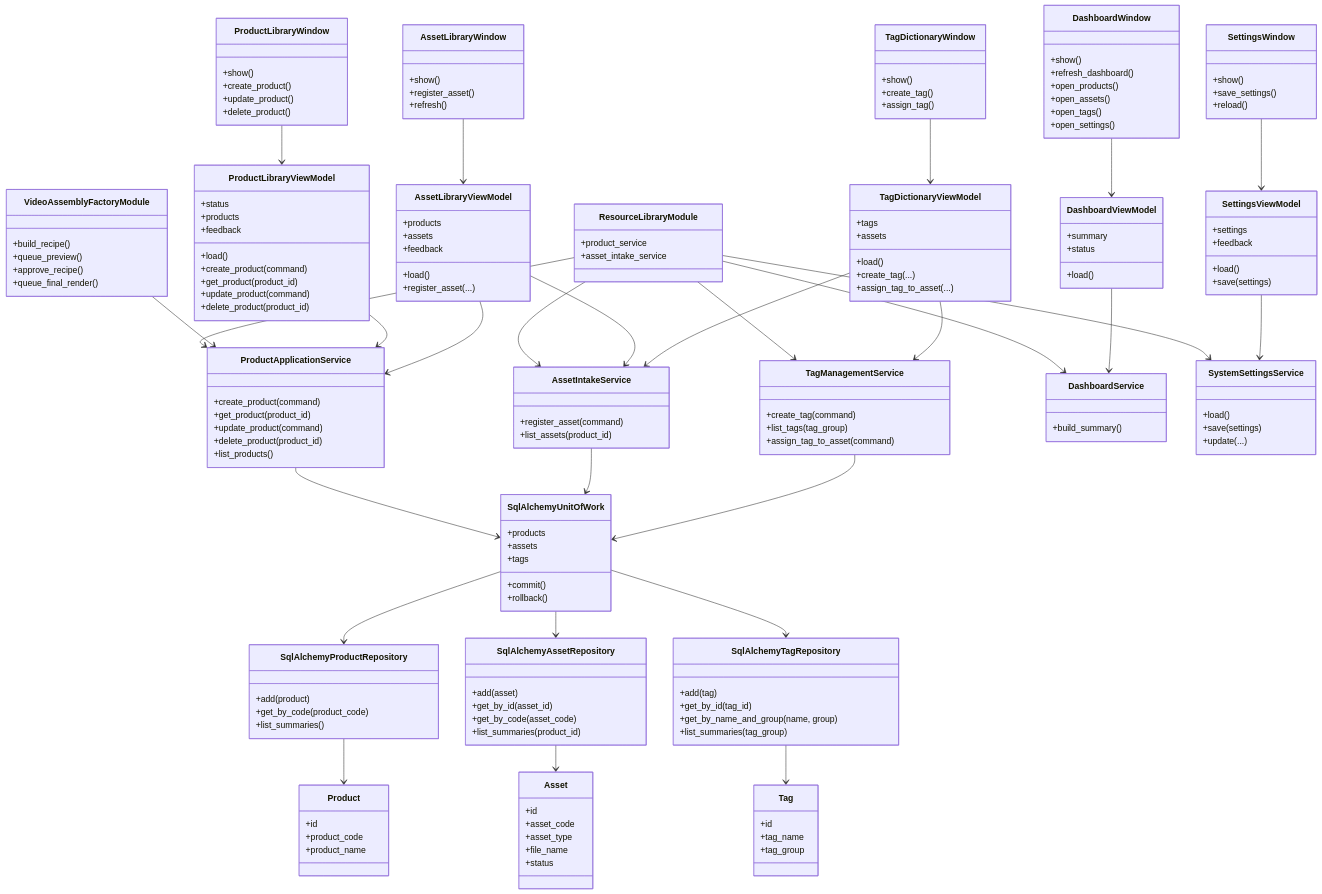
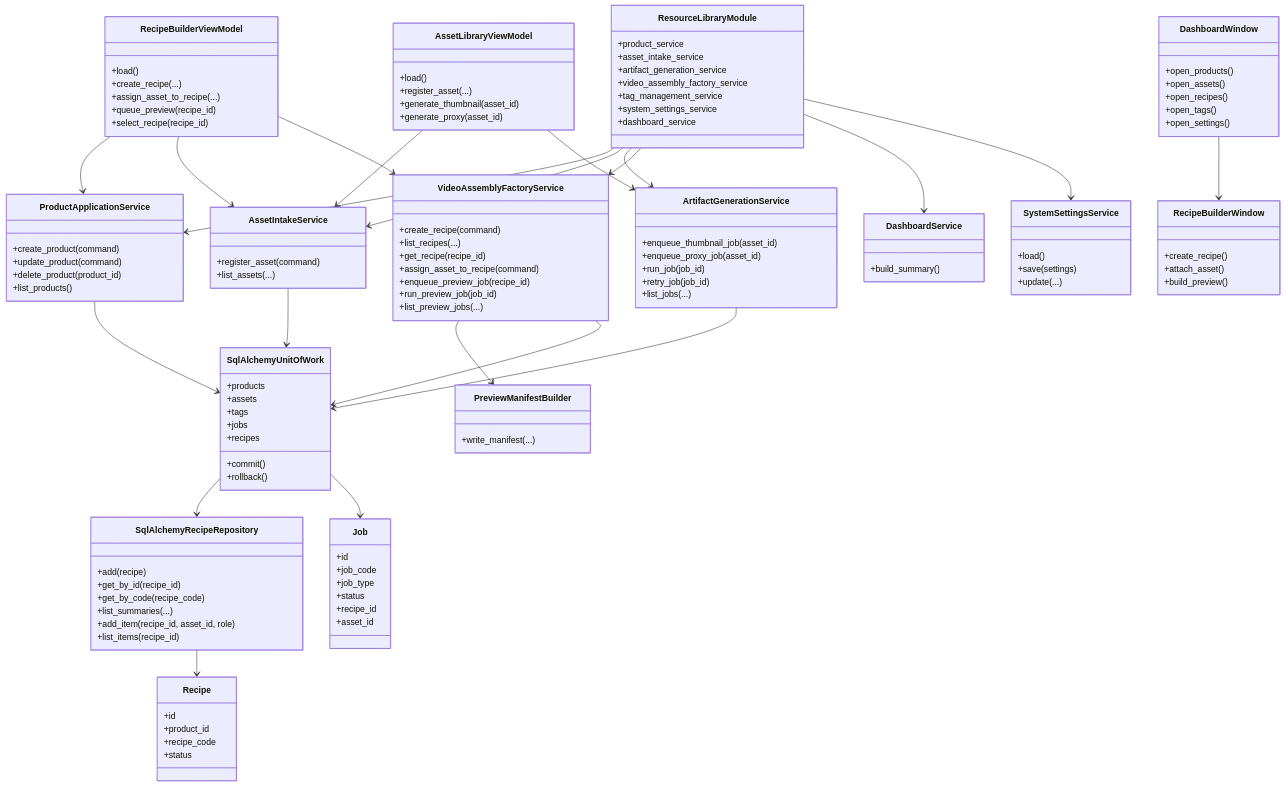
The second of 5 diagrams in doc/10_UML_System_Overview.md (idev006/MTClipFactory), drawn with Mermaid before and after one commit. The commit also changed other lines of this file and 43 other files, not shown here.

Commit message:
Add artifact jobs and factory preview foundation

````diff
--- a/doc/10_UML_System_Overview.md
+++ b/doc/10_UML_System_Overview.md
@@ -36,92 +25,15 @@
     class ResourceLibraryModule {
         +product_service
         +asset_intake_service
-    }
-
-    class VideoAssemblyFactoryModule {
-        +build_recipe()
-        +queue_preview()
-        +approve_recipe()
-        +queue_final_render()
-    }
-
-    class ProductLibraryWindow {
-        +show()
-        +create_product()
-        +update_product()
-        +delete_product()
-    }
-
-    class DashboardWindow {
-        +show()
-        +refresh_dashboard()
-        +open_products()
-        +open_assets()
-        +open_tags()
-        +open_settings()
-    }
-
-    class SettingsWindow {
-        +show()
-        +save_settings()
-        +reload()
-    }
-
-    class AssetLibraryWindow {
-        +show()
-        +register_asset()
-        +refresh()
-    }
-
-    class TagDictionaryWindow {
-        +show()
-        +create_tag()
-        +assign_tag()
-    }
-
-    class ProductLibraryViewModel {
-        +load()
-        +create_product(command)
-        +get_product(product_id)
-        +update_product(command)
-        +delete_product(product_id)
-        +status
-        +products
-        +feedback
-    }
-
-    class AssetLibraryViewModel {
-        +load()
-        +register_asset(...)
-        +products
-        +assets
-        +feedback
-    }
-
-    class TagDictionaryViewModel {
-        +load()
-        +create_tag(...)
-        +assign_tag_to_asset(...)
-        +tags
-        +assets
-    }
-
-    class DashboardViewModel {
-        +load()
-        +summary
-        +status
-    }
-
-    class SettingsViewModel {
-        +load()
-        +save(settings)
-        +settings
-        +feedback
+        +artifact_generation_service
+        +video_assembly_factory_service
+        +tag_management_service
+        +system_settings_service
+        +dashboard_service
     }
 
     class ProductApplicationService {
         +create_product(command)
-        +get_product(product_id)
         +update_product(command)
         +delete_product(product_id)
         +list_products()
@@ -129,13 +41,25 @@
 
     class AssetIntakeService {
         +register_asset(command)
-        +list_assets(product_id)
+        +list_assets(...)
     }
 
-    class TagManagementService {
-        +create_tag(command)
-        +list_tags(tag_group)
-        +assign_tag_to_asset(command)
+    class ArtifactGenerationService {
+        +enqueue_thumbnail_job(asset_id)
+        +enqueue_proxy_job(asset_id)
+        +run_job(job_id)
+        +retry_job(job_id)
+        +list_jobs(...)
+    }
+
+    class VideoAssemblyFactoryService {
+        +create_recipe(command)
+        +list_recipes(...)
+        +get_recipe(recipe_id)
+        +assign_asset_to_recipe(command)
+        +enqueue_preview_job(recipe_id)
+        +run_preview_job(job_id)
+        +list_preview_jobs(...)
     }
 
     class DashboardService {
@@ -148,79 +72,92 @@
         +update(...)
     }
 
+    class AssetLibraryViewModel {
+        +load()
+        +register_asset(...)
+        +generate_thumbnail(asset_id)
+        +generate_proxy(asset_id)
+    }
+
+    class RecipeBuilderViewModel {
+        +load()
+        +create_recipe(...)
+        +assign_asset_to_recipe(...)
+        +queue_preview(recipe_id)
+        +select_recipe(recipe_id)
+    }
+
+    class DashboardWindow {
+        +open_products()
+        +open_assets()
+        +open_recipes()
+        +open_tags()
+        +open_settings()
+    }
+
+    class RecipeBuilderWindow {
+        +create_recipe()
+        +attach_asset()
+        +build_preview()
+    }
+
     class SqlAlchemyUnitOfWork {
         +products
         +assets
         +tags
+        +jobs
+        +recipes
         +commit()
         +rollback()
     }
 
-    class SqlAlchemyProductRepository {
-        +add(product)
-        +get_by_code(product_code)
-        +list_summaries()
+    class SqlAlchemyRecipeRepository {
+        +add(recipe)
+        +get_by_id(recipe_id)
+        +get_by_code(recipe_code)
+        +list_summaries(...)
+        +add_item(recipe_id, asset_id, role)
+        +list_items(recipe_id)
     }
 
-    class SqlAlchemyAssetRepository {
-        +add(asset)
-        +get_by_id(asset_id)
-        +get_by_code(asset_code)
-        +list_summaries(product_id)
+    class PreviewManifestBuilder {
+        +write_manifest(...)
     }
 
-    class SqlAlchemyTagRepository {
-        +add(tag)
-        +get_by_id(tag_id)
-        +get_by_name_and_group(name, group)
-        +list_summaries(tag_group)
-    }
-
-    class Product {
+    class Recipe {
         +id
-        +product_code
-        +product_name
-    }
-
-    class Asset {
-        +id
-        +asset_code
-        +asset_type
-        +file_name
+        +product_id
+        +recipe_code
         +status
     }
 
-    class Tag {
+    class Job {
         +id
-        +tag_name
-        +tag_group
+        +job_code
+        +job_type
+        +status
+        +recipe_id
+        +asset_id
     }
 
-    ProductLibraryWindow --> ProductLibraryViewModel
-    AssetLibraryWindow --> AssetLibraryViewModel
-    TagDictionaryWindow --> TagDictionaryViewModel
-    DashboardWindow --> DashboardViewModel
-    SettingsWindow --> SettingsViewModel
     ResourceLibraryModule --> ProductApplicationService
     ResourceLibraryModule --> AssetIntakeService
-    ResourceLibraryModule --> TagManagementService
+    ResourceLibraryModule --> ArtifactGenerationService
+    ResourceLibraryModule --> VideoAssemblyFactoryService
     ResourceLibraryModule --> DashboardService
     ResourceLibraryModule --> SystemSettingsService
-    VideoAssemblyFactoryModule --> ProductApplicationService
-    ProductLibraryViewModel --> ProductApplicationService
-    AssetLibraryViewModel --> ProductApplicationService
     AssetLibraryViewModel --> AssetIntakeService
-    TagDictionaryViewModel --> TagManagementService
-    TagDictionaryViewModel --> AssetIntakeService
-    DashboardViewModel --> DashboardService
-    SettingsViewModel --> SystemSettingsService
+    AssetLibraryViewModel --> ArtifactGenerationService
+    RecipeBuilderViewModel --> ProductApplicationService
+    RecipeBuilderViewModel --> AssetIntakeService
+    RecipeBuilderViewModel --> VideoAssemblyFactoryService
+    DashboardWindow --> RecipeBuilderWindow
+    VideoAssemblyFactoryService --> PreviewManifestBuilder
     ProductApplicationService --> SqlAlchemyUnitOfWork
     AssetIntakeService --> SqlAlchemyUnitOfWork
-    TagManagementService --> SqlAlchemyUnitOfWork
-    SqlAlchemyUnitOfWork --> SqlAlchemyProductRepository
-    SqlAlchemyUnitOfWork --> SqlAlchemyAssetRepository
-    SqlAlchemyUnitOfWork --> SqlAlchemyTagRepository
-    SqlAlchemyProductRepository --> Product
-    SqlAlchemyAssetRepository --> Asset
-    SqlAlchemyTagRepository --> Tag
+    ArtifactGenerationService --> SqlAlchemyUnitOfWork
+    VideoAssemblyFactoryService --> SqlAlchemyUnitOfWork
+    SqlAlchemyUnitOfWork --> SqlAlchemyRecipeRepository
+    SqlAlchemyRecipeRepository --> Recipe
+    SqlAlchemyUnitOfWork --> Job
 ```
````
